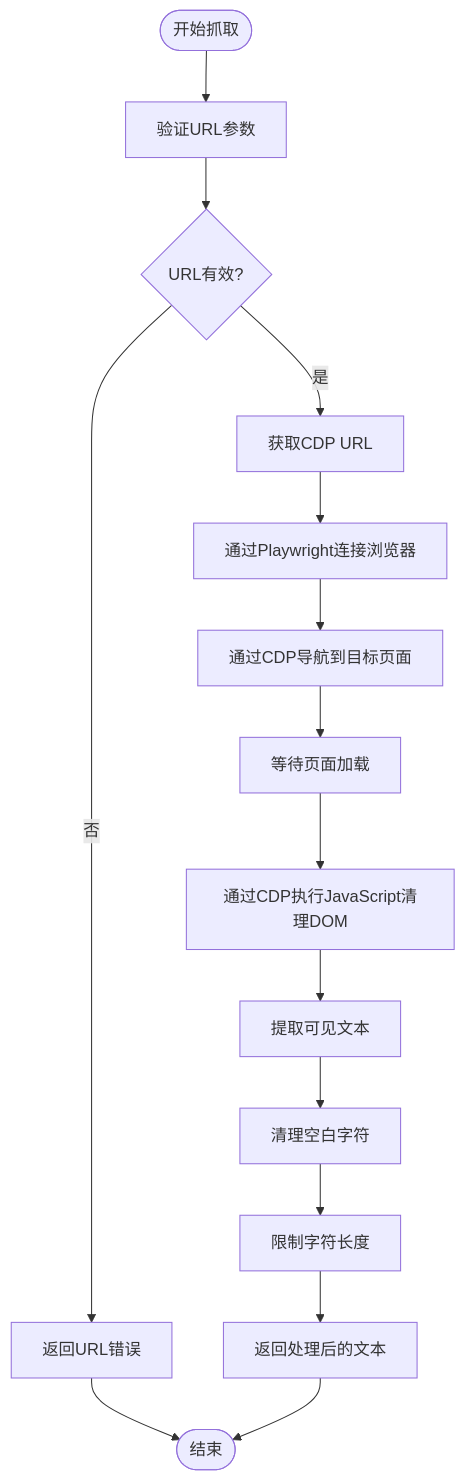
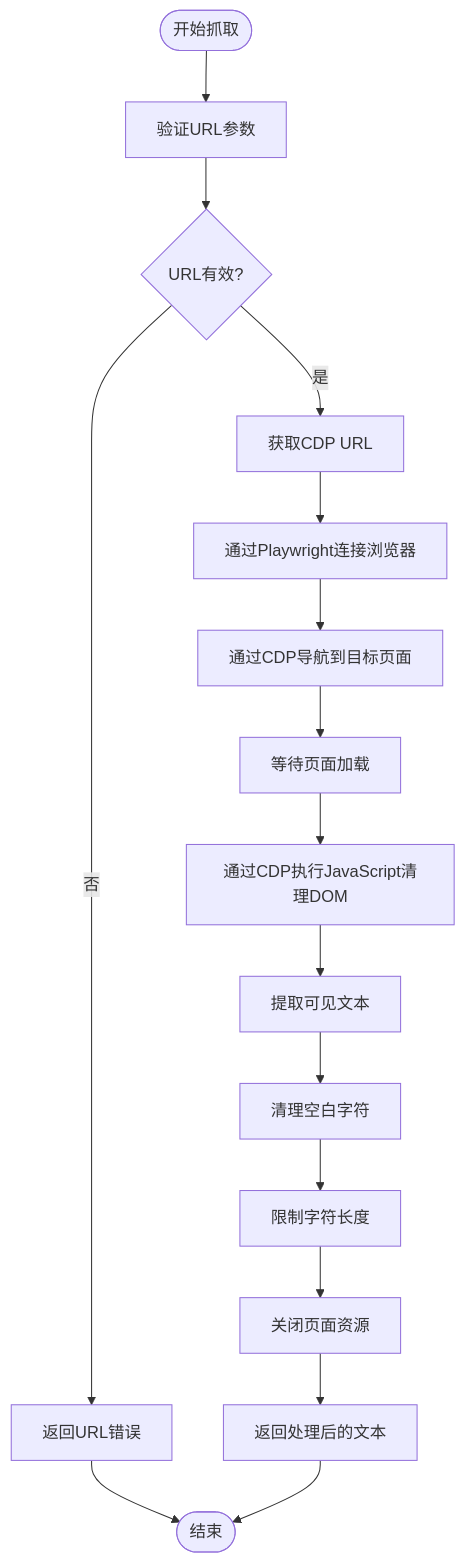
The seventh of 16 diagrams in .qoder/repowiki/zh/content/技能管理系统/技能开发指南/WebTools 网络工具技能.md (zhangdahai112/LocalManus), drawn with Mermaid before and after one commit. The commit also changed other lines of this file and 7 other files, not shown here.

````diff
--- a/.qoder/repowiki/zh/content/技能管理系统/技能开发指南/WebTools 网络工具技能.md
+++ b/.qoder/repowiki/zh/content/技能管理系统/技能开发指南/WebTools 网络工具技能.md
@@ -325,17 +331,18 @@
 ```mermaid
 flowchart TD
 Start([开始抓取]) --> ValidateURL["验证URL参数"]
 ValidateURL --> URLValid{"URL有效?"}
 URLValid --> |否| ReturnURLError["返回URL错误"]
 URLValid --> |是| GetCDPURL["获取CDP URL"]
 GetCDPURL --> ConnectBrowser["通过Playwright连接浏览器"]
 ConnectBrowser --> NavigatePage["通过CDP导航到目标页面"]
 NavigatePage --> WaitJS["等待页面加载"]
 WaitJS --> ExecuteJS["通过CDP执行JavaScript清理DOM"]
 ExecuteJS --> GetText["提取可见文本"]
 GetText --> CleanWhitespace["清理空白字符"]
 CleanWhitespace --> LimitLength["限制字符长度"]
-LimitLength --> ReturnText["返回处理后的文本"]
+LimitLength --> ClosePage["关闭页面资源"]
+ClosePage --> ReturnText["返回处理后的文本"]
 ReturnURLError --> End([结束])
 ReturnText --> End
 ```
````
